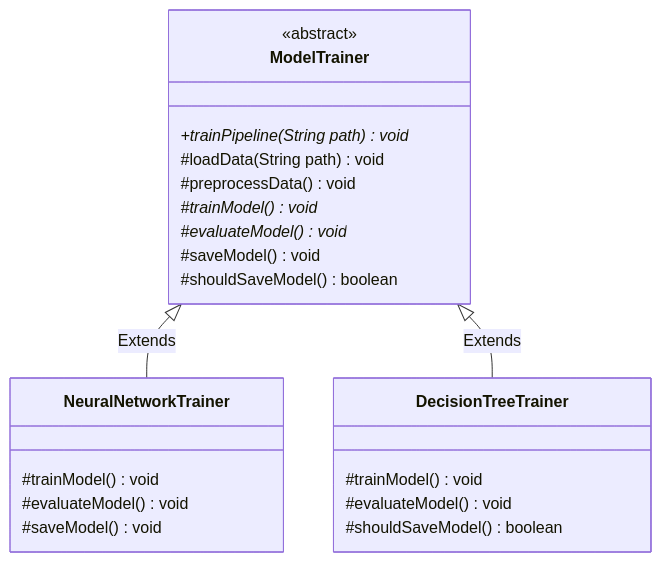
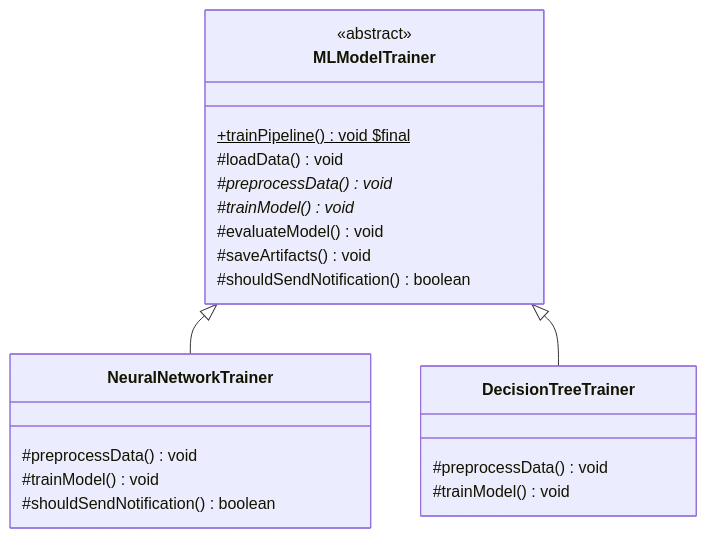
The diagram in 04-OOPs-and-Design-Patterns/03-Design-Patterns/20-Template-Method-Pattern.md (rohithgowda18/Notes), drawn with Mermaid before and after one commit. The commit also changed other lines of this file and 17 other files, not shown here.

Commit message:
docs(lld): enrich notes with deep architectural analysis, diagrams, anti-patterns & code

````diff
--- a/04-OOPs-and-Design-Patterns/03-Design-Patterns/20-Template-Method-Pattern.md
+++ b/04-OOPs-and-Design-Patterns/03-Design-Patterns/20-Template-Method-Pattern.md
@@ -31,28 +29,27 @@
 ```mermaid
 classDiagram
-    class ModelTrainer {
+    class MLModelTrainer {
         <<abstract>>
-        +trainPipeline(String path)* void
-        #loadData(String path) void
-        #preprocessData() void
+        +trainPipeline() void $final$
+        #loadData() void
+        #preprocessData()* void
         #trainModel()* void
-        #evaluateModel()* void
-        #saveModel() void
-        #shouldSaveModel() boolean
+        #evaluateModel() void
+        #saveArtifacts() void
+        #shouldSendNotification() boolean
     }
 
     class NeuralNetworkTrainer {
+        #preprocessData() void
         #trainModel() void
-        #evaluateModel() void
-        #saveModel() void
+        #shouldSendNotification() boolean
     }
 
     class DecisionTreeTrainer {
+        #preprocessData() void
         #trainModel() void
-        #evaluateModel() void
-        #shouldSaveModel() boolean
     }
 
-    ModelTrainer <|-- NeuralNetworkTrainer : Extends
-    ModelTrainer <|-- DecisionTreeTrainer : Extends
+    MLModelTrainer <|-- NeuralNetworkTrainer
+    MLModelTrainer <|-- DecisionTreeTrainer
 ```
````
